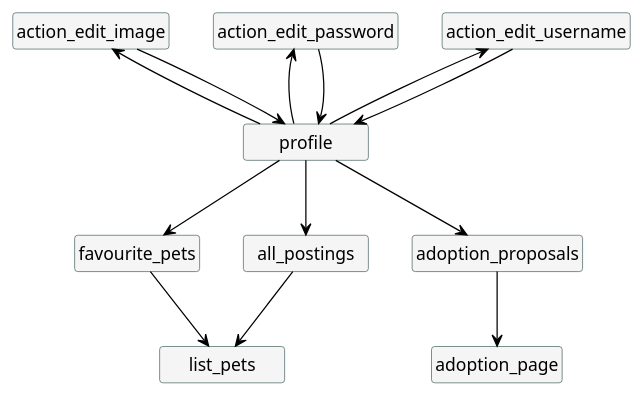
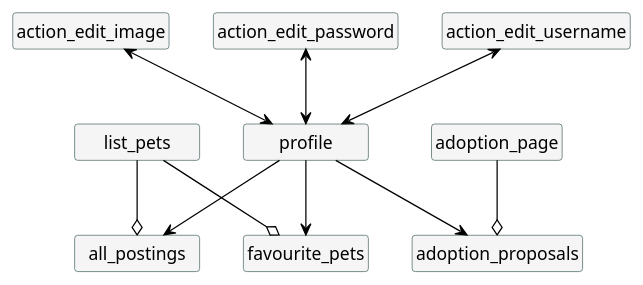
The diagram in doc/profile.puml (up201806330/Hoaloha), drawn with PlantUML before and after one commit. The commit also changed 1 other file, not shown here.

```diff
--- a/doc/profile.puml
+++ b/doc/profile.puml
@@ -1,32 +1,29 @@
 @startuml profile
 skinparam minClassWidth 100
 skinparam classBackgroundColor WhiteSmoke
 skinparam classBorderColor DarkSlateGrey
 hide members
 hide circles
 
 class profile
 class favourite_pets
 class all_postings
 class list_pets
 class adoption_page
 class adoption_proposals
 class action_edit_username
 class action_edit_password
 class action_edit_image
 
-profile-[#black]up->action_edit_username
-action_edit_username--[#black]>profile
-profile-[#black]up->action_edit_password
-action_edit_password--[#black]>profile
-profile-[#black]up->action_edit_image
-action_edit_image--[#black]>profile
+profile<-[#black]up->action_edit_username
+profile<-[#black]up->action_edit_password
+profile<-[#black]up->action_edit_image
 profile-[#black]down->favourite_pets
 profile-[#black]down->all_postings
-favourite_pets-[#black]down->list_pets
-all_postings-[#black]down->list_pets
+list_pets-[#black]down-o favourite_pets
+list_pets-[#black]down-o all_postings
 profile-[#black]down->adoption_proposals
-adoption_proposals-[#black]->adoption_page
+adoption_page-[#black]down-o adoption_proposals
 
  
 @enduml
```
